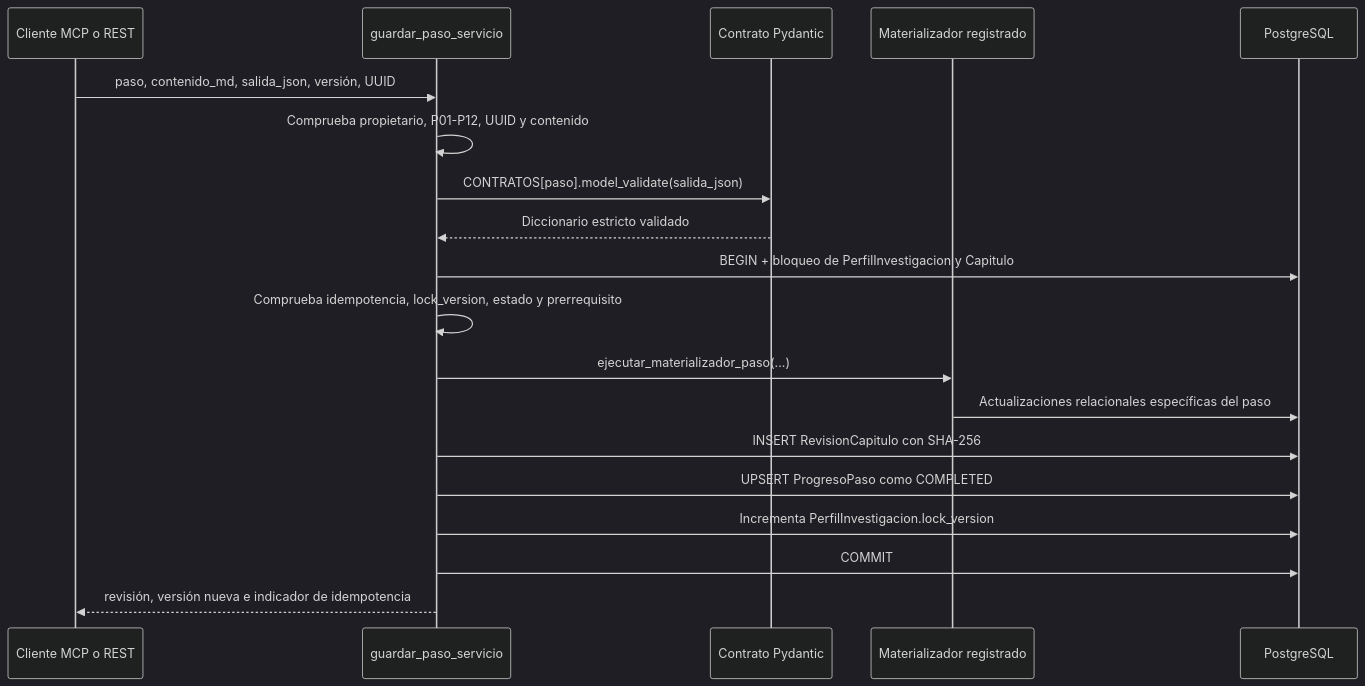
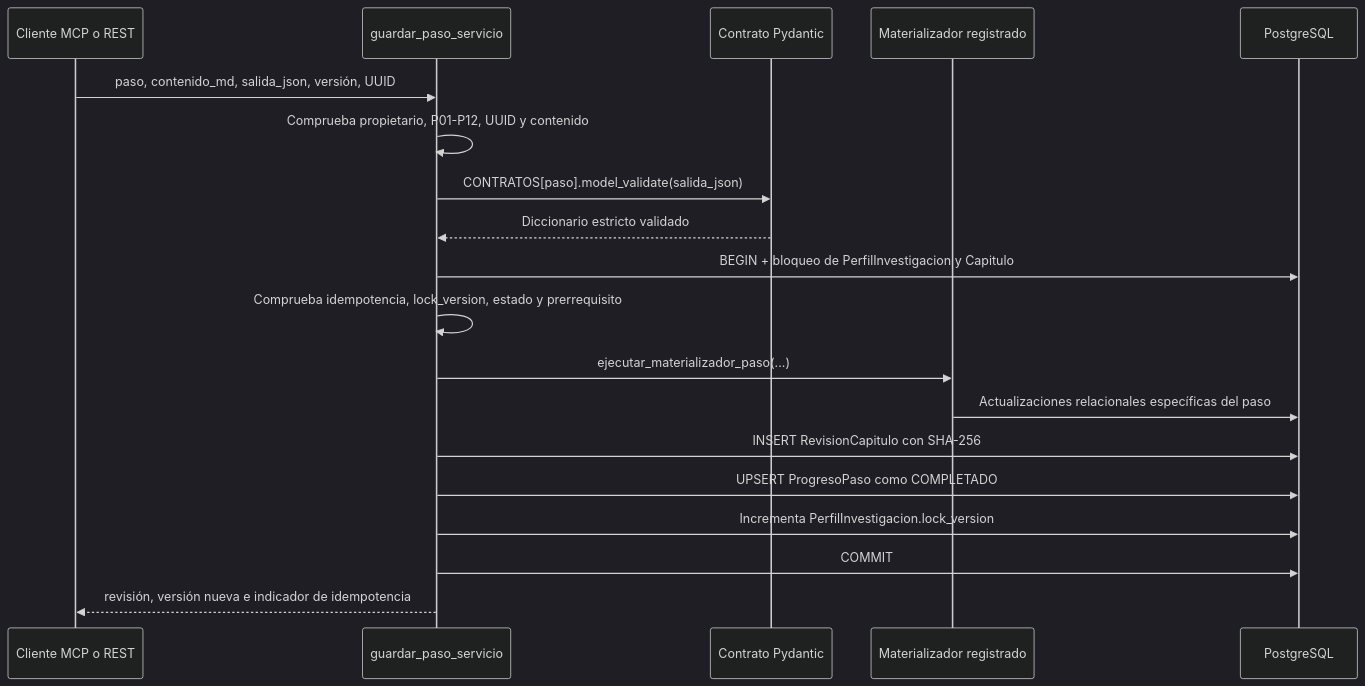
The diagram in docs/03_FLUJO_METODOLOGICO_P01_A_P12.md (Jupiloy/TesisMCP), drawn with Mermaid (dark theme) before and after one commit. The commit also changed other lines of this file and 269 other files, not shown here.

````diff
--- a/docs/03_FLUJO_METODOLOGICO_P01_A_P12.md
+++ b/docs/03_FLUJO_METODOLOGICO_P01_A_P12.md
@@ -9,22 +9,22 @@
 ```mermaid
 sequenceDiagram
     participant C as Cliente MCP o REST
     participant S as guardar_paso_servicio
     participant V as Contrato Pydantic
     participant M as Materializador registrado
     participant DB as PostgreSQL
 
     C->>S: paso, contenido_md, salida_json, versión, UUID
     S->>S: Comprueba propietario, P01-P12, UUID y contenido
     S->>V: CONTRATOS[paso].model_validate(salida_json)
     V-->>S: Diccionario estricto validado
     S->>DB: BEGIN + bloqueo de PerfilInvestigacion y Capitulo
     S->>S: Comprueba idempotencia, lock_version, estado y prerrequisito
     S->>M: ejecutar_materializador_paso(...)
     M->>DB: Actualizaciones relacionales específicas del paso
     S->>DB: INSERT RevisionCapitulo con SHA-256
-    S->>DB: UPSERT ProgresoPaso como COMPLETED
+    S->>DB: UPSERT ProgresoPaso como COMPLETADO
     S->>DB: Incrementa PerfilInvestigacion.lock_version
     S->>DB: COMMIT
     S-->>C: revisión, versión nueva e indicador de idempotencia
 ```
````
